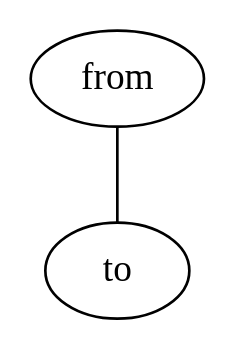
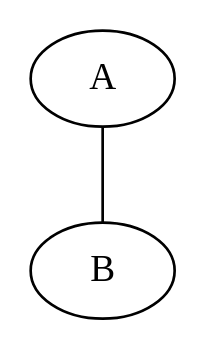
The diagram in create_named_vertices_k2_graph.dot (richelbilderbeek/boost_graph_cookbook_1), drawn with Graphviz before and after one commit. The commit also changed 38 other files, not shown here.

```diff
--- a/create_named_vertices_k2_graph.dot
+++ b/create_named_vertices_k2_graph.dot
@@ -1,5 +1,5 @@
 graph G {
-0[label=from];
-1[label=to];
+0[label=A];
+1[label=B];
 0--1 ;
 }
```
